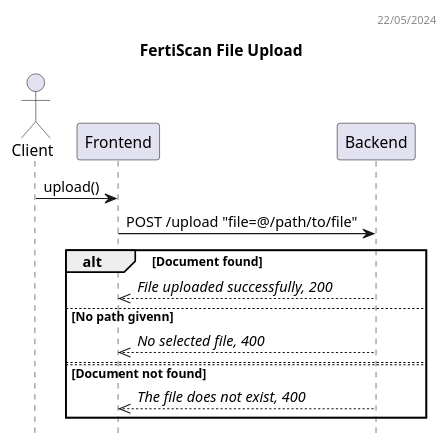
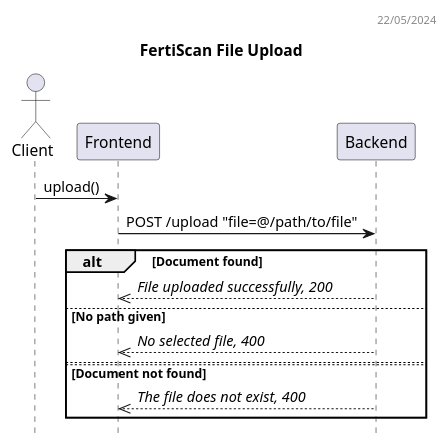
Before and after one commit to ai-cfia/fertiscan-backend: the diagram in docs/upload_dss.puml, drawn with PlantUML. The commit also changed 1 other file, not shown here.

```diff
--- a/docs/upload_dss.puml
+++ b/docs/upload_dss.puml
@@ -1,23 +1,23 @@
 @startuml Upload DSS
 header 22/05/2024
 
 title FertiScan File Upload
 hide empty members
 hide footbox
 
 actor "Client" as C
 participant Frontend as F
 participant Backend as B
 
 C -> F: upload()
 F -> B: POST /upload "file=@/path/to/file"
 alt Document found
 F <<-- B: //File uploaded successfully, 200//
-else No path givenn
+else No path given
 F <<-- B: //No selected file, 400//
 else
 else Document not found
 F <<-- B: //The file does not exist, 400//
 end
 
 @enduml
```
